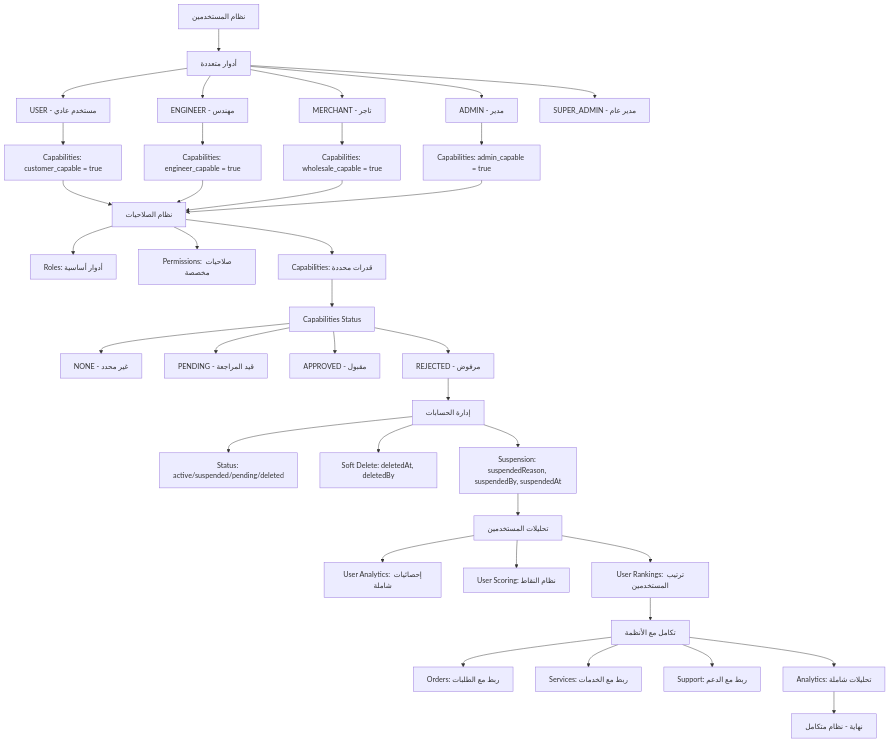
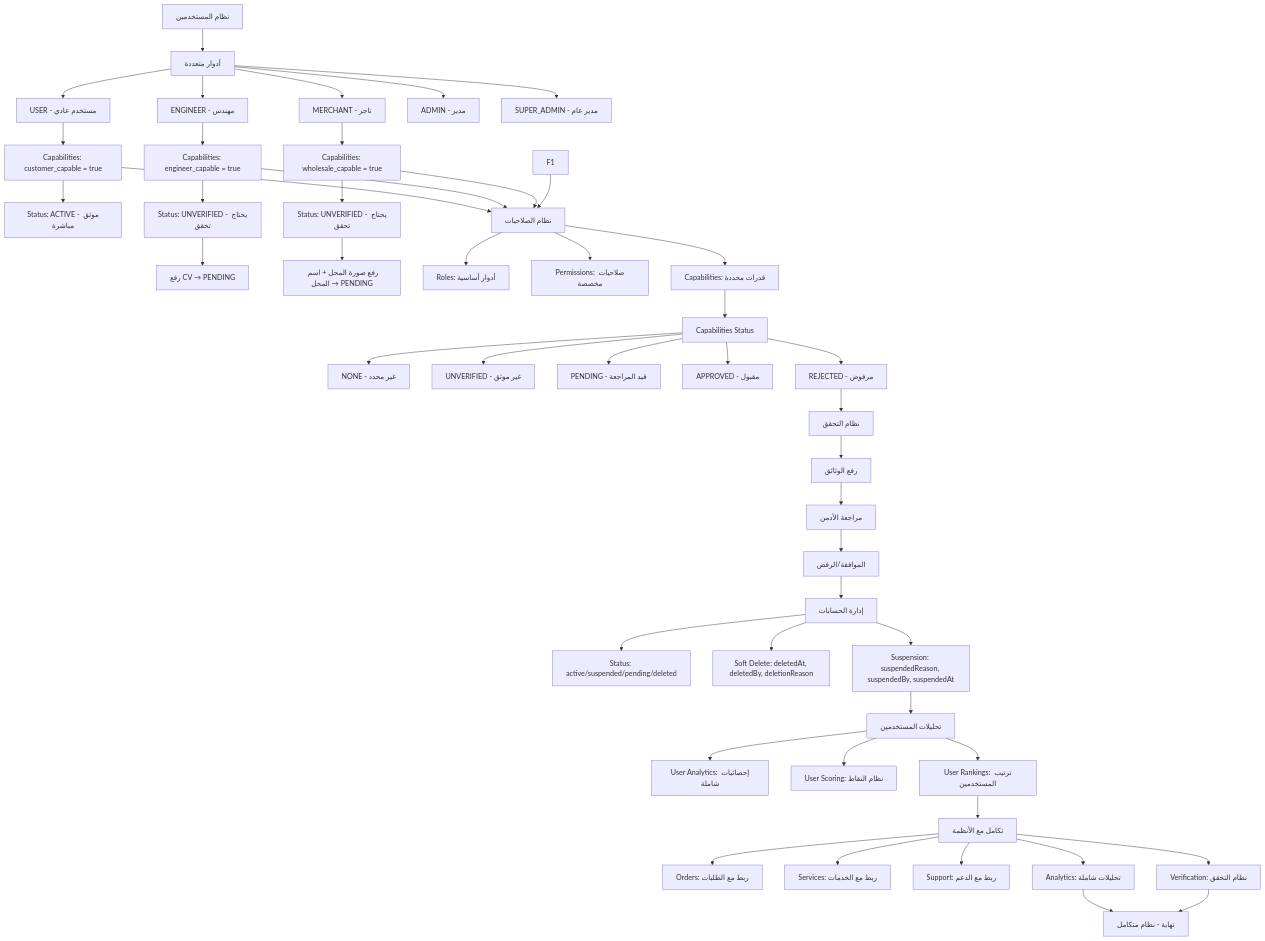
Before and after one commit to mpro775/tagdod-project: the diagram in docs/requirements/flows/users/users-overview.mmd, drawn with Mermaid. The commit also changed 412 other files, not shown here.

```diff
--- a/docs/requirements/flows/users/users-overview.mmd
+++ b/docs/requirements/flows/users/users-overview.mmd
@@ -1,49 +1,63 @@
 %% Users Overview Flow
 %% View at https://mermaid.live
 flowchart TD
   A[نظام المستخدمين] --> B[أدوار متعددة]
 
   B --> C[USER - مستخدم عادي]
   B --> D[ENGINEER - مهندس]
   B --> E[MERCHANT - تاجر]
   B --> F[ADMIN - مدير]
   B --> G[SUPER_ADMIN - مدير عام]
 
   C --> C1[Capabilities: customer_capable = true]
+  C1 --> C2[Status: ACTIVE - موثق مباشرة]
+  
   D --> D1[Capabilities: engineer_capable = true]
+  D1 --> D2[Status: UNVERIFIED - يحتاج تحقق]
+  D2 --> D3[رفع CV → PENDING]
+  
   E --> E1[Capabilities: wholesale_capable = true]
-  F --> F1[Capabilities: admin_capable = true]
+  E1 --> E2[Status: UNVERIFIED - يحتاج تحقق]
+  E2 --> E3[رفع صورة المحل + اسم المحل → PENDING]
 
   C1 --> H[نظام الصلاحيات]
   D1 --> H
   E1 --> H
   F1 --> H
 
   H --> H1[Roles: أدوار أساسية]
   H --> H2[Permissions: صلاحيات مخصصة]
   H --> H3[Capabilities: قدرات محددة]
 
   H3 --> I[Capabilities Status]
   I --> I1[NONE - غير محدد]
-  I --> I2[PENDING - قيد المراجعة]
-  I --> I3[APPROVED - مقبول]
-  I --> I4[REJECTED - مرفوض]
+  I --> I2[UNVERIFIED - غير موثق]
+  I --> I3[PENDING - قيد المراجعة]
+  I --> I4[APPROVED - مقبول]
+  I --> I5[REJECTED - مرفوض]
 
-  I4 --> J[إدارة الحسابات]
+  I5 --> V[نظام التحقق]
+  V --> V1[رفع الوثائق]
+  V1 --> V2[مراجعة الأدمن]
+  V2 --> V3[الموافقة/الرفض]
+  
+  V3 --> J[إدارة الحسابات]
   J --> J1[Status: active/suspended/pending/deleted]
-  J --> J2[Soft Delete: deletedAt, deletedBy]
+  J --> J2[Soft Delete: deletedAt, deletedBy, deletionReason]
   J --> J3[Suspension: suspendedReason, suspendedBy, suspendedAt]
 
   J3 --> K[تحليلات المستخدمين]
   K --> K1[User Analytics: إحصائيات شاملة]
   K --> K2[User Scoring: نظام النقاط]
   K --> K3[User Rankings: ترتيب المستخدمين]
 
   K3 --> L[تكامل مع الأنظمة]
   L --> L1[Orders: ربط مع الطلبات]
   L --> L2[Services: ربط مع الخدمات]
   L --> L3[Support: ربط مع الدعم]
   L --> L4[Analytics: تحليلات شاملة]
+  L --> L5[Verification: نظام التحقق]
 
   %% End points
   L4 --> M[نهاية - نظام متكامل]
+  L5 --> M
```
